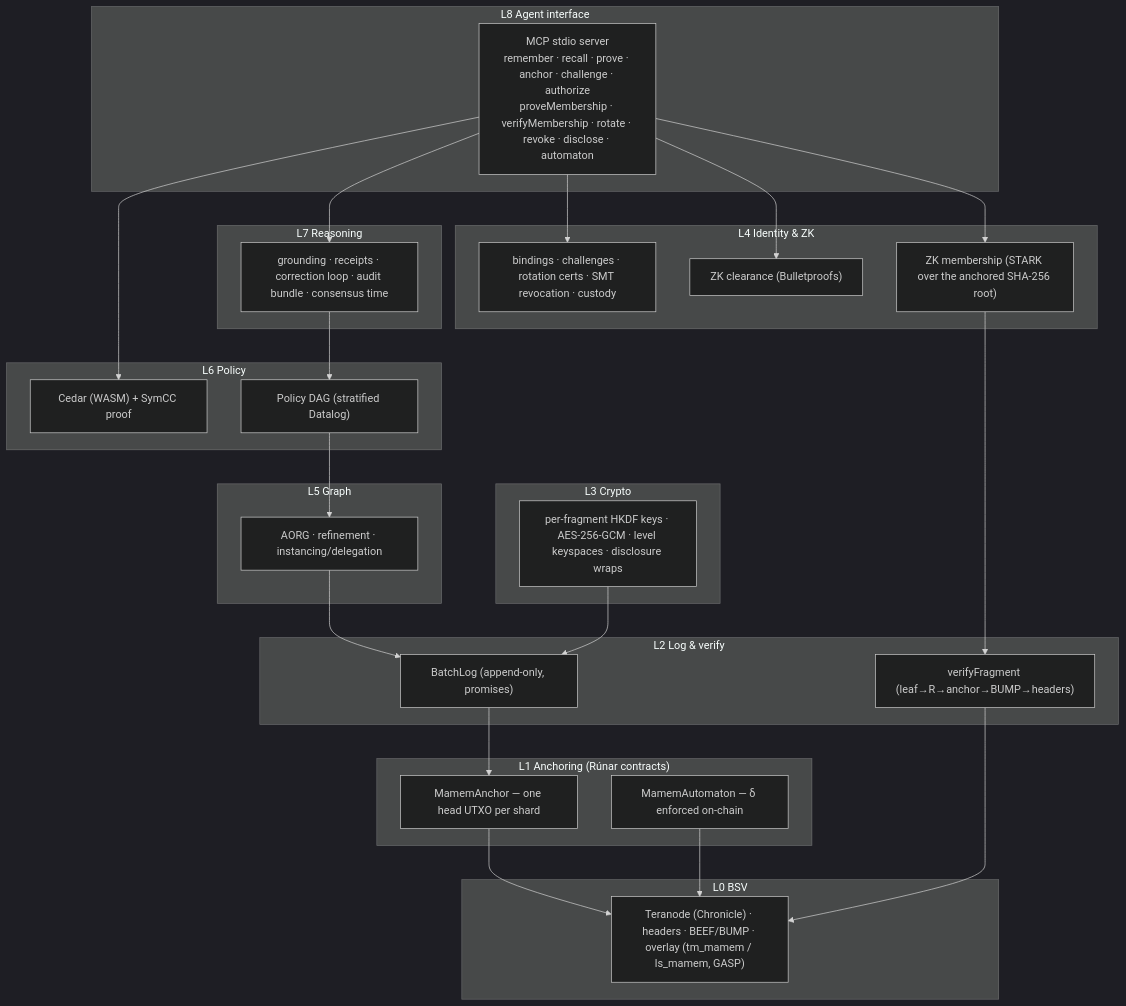
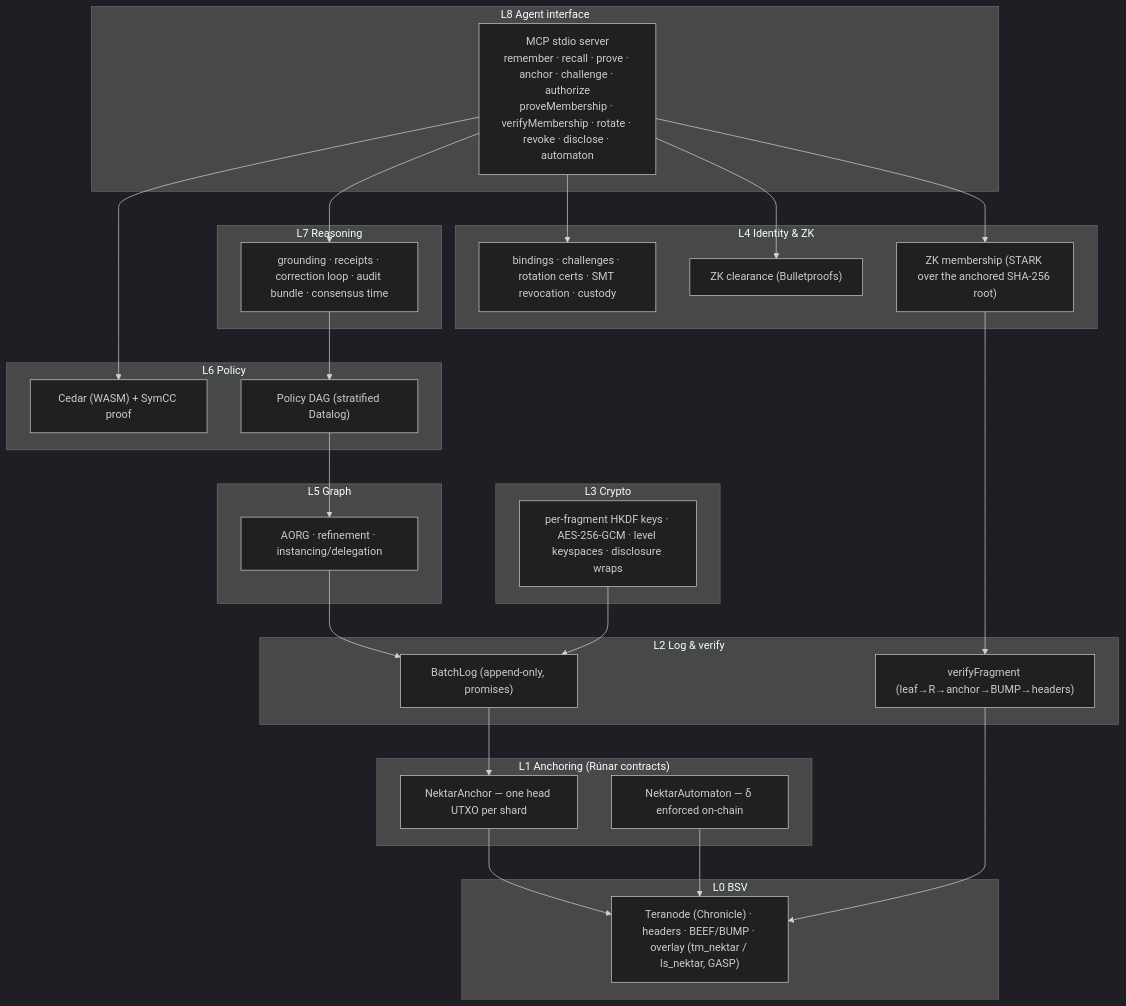
Before and after one commit to kryptokrates/nektar: the first of 14 diagrams in docs/ARCHITECTURE.md, drawn with Mermaid (dark theme). The commit also changed other lines of this file and 297 other files, not shown here.

First line of the commit message:
Rename project mamem → nektar

````diff
--- a/docs/ARCHITECTURE.md
+++ b/docs/ARCHITECTURE.md
@@ -7,44 +7,44 @@
 ```mermaid
 flowchart TB
   subgraph L8["L8 Agent interface"]
     MCP["MCP stdio server<br/>remember · recall · prove · anchor · challenge · authorize<br/>proveMembership · verifyMembership · rotate · revoke · disclose · automaton"]
   end
   subgraph L7["L7 Reasoning"]
     RS["grounding · receipts · correction loop · audit bundle · consensus time"]
   end
   subgraph L6["L6 Policy"]
     CED["Cedar (WASM) + SymCC proof"]
     DAG["Policy DAG (stratified Datalog)"]
   end
   subgraph L5["L5 Graph"]
     AORG["AORG · refinement · instancing/delegation"]
   end
   subgraph L4["L4 Identity & ZK"]
     ID["bindings · challenges · rotation certs · SMT revocation · custody"]
     ZKA["ZK clearance (Bulletproofs)"]
     ZKM["ZK membership (STARK over the anchored SHA-256 root)"]
   end
   subgraph L3["L3 Crypto"]
     CR["per-fragment HKDF keys · AES-256-GCM · level keyspaces · disclosure wraps"]
   end
   subgraph L2["L2 Log & verify"]
     LOG["BatchLog (append-only, promises)"]
     VER["verifyFragment (leaf→R→anchor→BUMP→headers)"]
   end
   subgraph L1["L1 Anchoring (Rúnar contracts)"]
-    ANC["MamemAnchor — one head UTXO per shard"]
-    AUT["MamemAutomaton — δ enforced on-chain"]
+    ANC["NektarAnchor — one head UTXO per shard"]
+    AUT["NektarAutomaton — δ enforced on-chain"]
   end
   subgraph L0["L0 BSV"]
-    TN["Teranode (Chronicle) · headers · BEEF/BUMP · overlay (tm_mamem / ls_mamem, GASP)"]
+    TN["Teranode (Chronicle) · headers · BEEF/BUMP · overlay (tm_nektar / ls_nektar, GASP)"]
   end
   MCP --> RS --> DAG --> AORG
   MCP --> CED
   MCP --> ZKA & ZKM & ID
   AORG --> LOG
   CR --> LOG
   LOG --> ANC --> TN
   AUT --> TN
   VER --> TN
   ZKM --> VER
 ```
````
